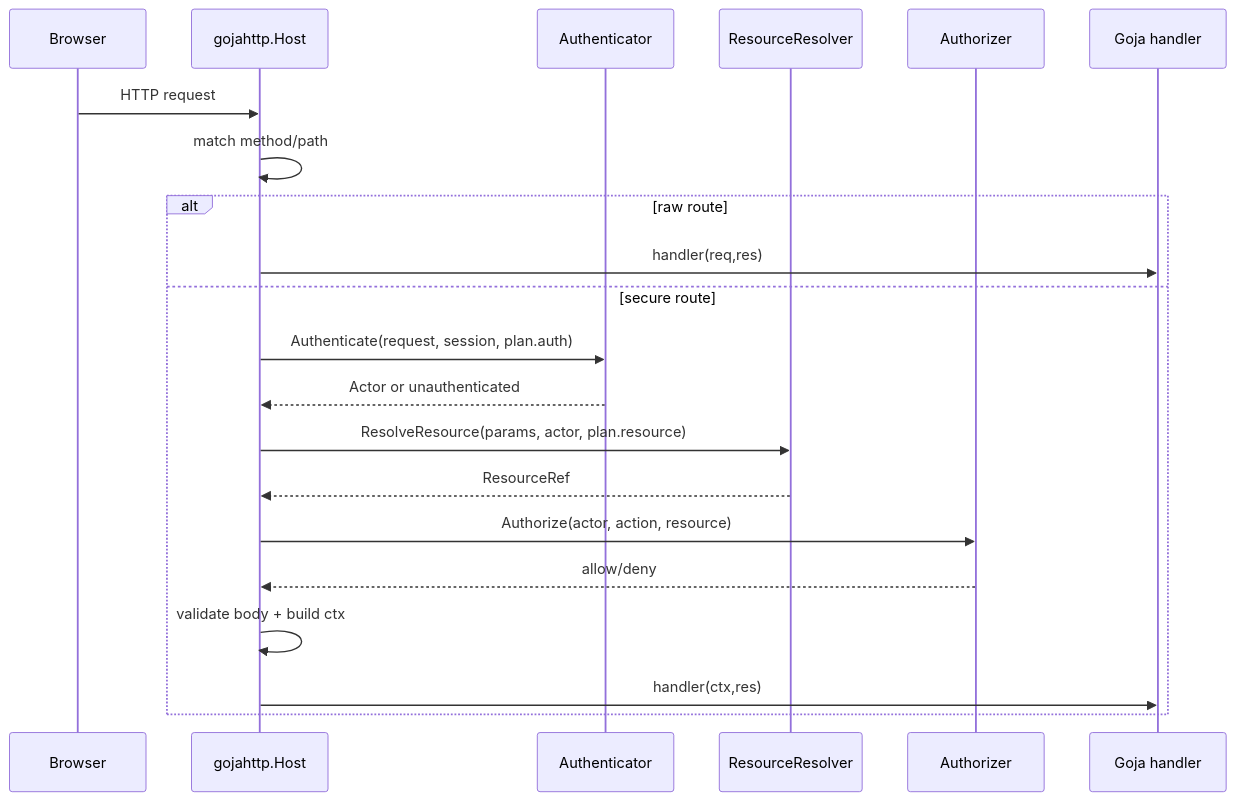
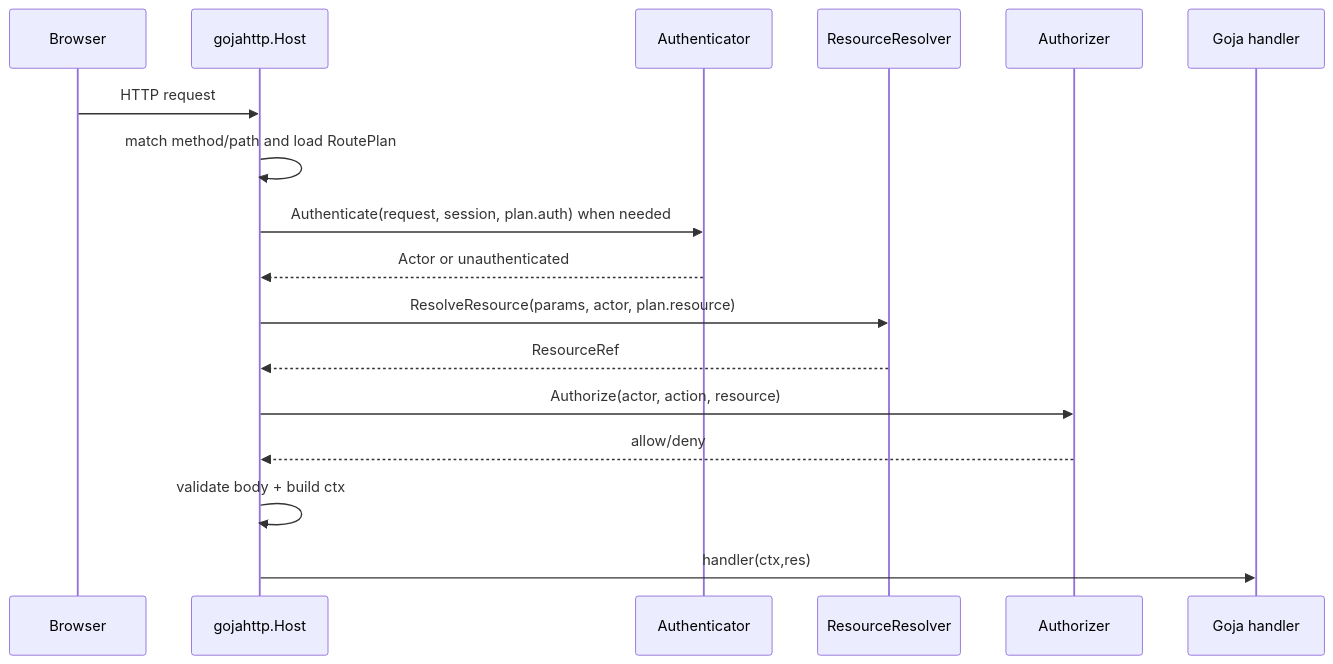
One commit to go-go-golems/go-go-goja changed the second of 2 diagrams in ttmp/2026/06/12/XGOJA-EXPRESS-AUTH--add-proper-authentication-to-express-http-module/design/01-mvp-authentication-api-design-and-implementation-guide.md. Above: the diagram before and after it, drawn with Mermaid. The commit also changed other lines of this file and 2 other files, not shown here.

Commit message:
Docs: plan hard cutover for Express verb helpers

````diff
--- a/ttmp/2026/06/12/XGOJA-EXPRESS-AUTH--add-proper-authentication-to-express-http-module/design/01-mvp-authentication-api-design-and-implementation-guide.md
+++ b/ttmp/2026/06/12/XGOJA-EXPRESS-AUTH--add-proper-authentication-to-express-http-module/design/01-mvp-authentication-api-design-and-implementation-guide.md
@@ -253,23 +256,19 @@
 ```mermaid
 sequenceDiagram
   participant Browser
   participant Host as gojahttp.Host
   participant Auth as Authenticator
   participant Res as ResourceResolver
   participant Pol as Authorizer
   participant JS as Goja handler
   Browser->>Host: HTTP request
-  Host->>Host: match method/path
-  alt raw route
-    Host->>JS: handler(req,res)
-  else secure route
-    Host->>Auth: Authenticate(request, session, plan.auth)
-    Auth-->>Host: Actor or unauthenticated
-    Host->>Res: ResolveResource(params, actor, plan.resource)
-    Res-->>Host: ResourceRef
-    Host->>Pol: Authorize(actor, action, resource)
-    Pol-->>Host: allow/deny
-    Host->>Host: validate body + build ctx
-    Host->>JS: handler(ctx,res)
-  end
+  Host->>Host: match method/path and load RoutePlan
+  Host->>Auth: Authenticate(request, session, plan.auth) when needed
+  Auth-->>Host: Actor or unauthenticated
+  Host->>Res: ResolveResource(params, actor, plan.resource)
+  Res-->>Host: ResourceRef
+  Host->>Pol: Authorize(actor, action, resource)
+  Pol-->>Host: allow/deny
+  Host->>Host: validate body + build ctx
+  Host->>JS: handler(ctx,res)
 ```
````
